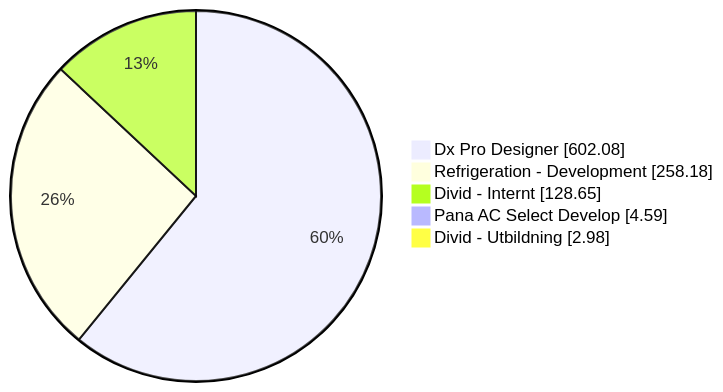
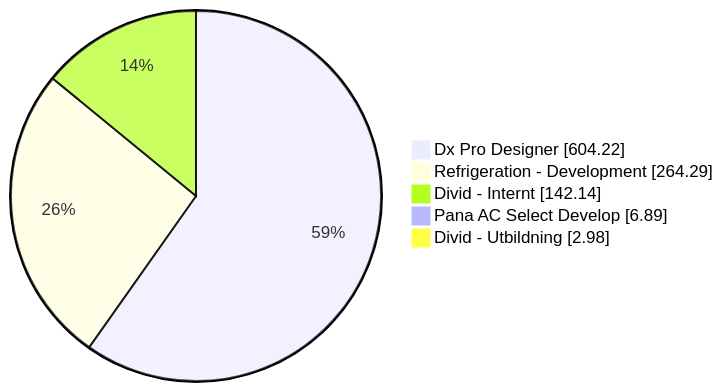
Before and after one commit to albinforsberg-netizen/timeclock: the first of 5 diagrams in README.org, drawn with Mermaid. The commit also changed other lines of this file, not shown here.

```diff
--- a/README.org
+++ b/README.org
@@ -32,8 +32,8 @@
 #+begin_src mermaid
 pie showData
-    "Dx Pro Designer" : 602.08
-    "Refrigeration - Development" : 258.18
-    "Divid - Internt" : 128.65
-    "Pana AC Select Develop" : 4.59
+    "Dx Pro Designer" : 604.22
+    "Refrigeration - Development" : 264.29
+    "Divid - Internt" : 142.14
+    "Pana AC Select Develop" : 6.89
     "Divid - Utbildning" : 2.98
 #+end_src
```
